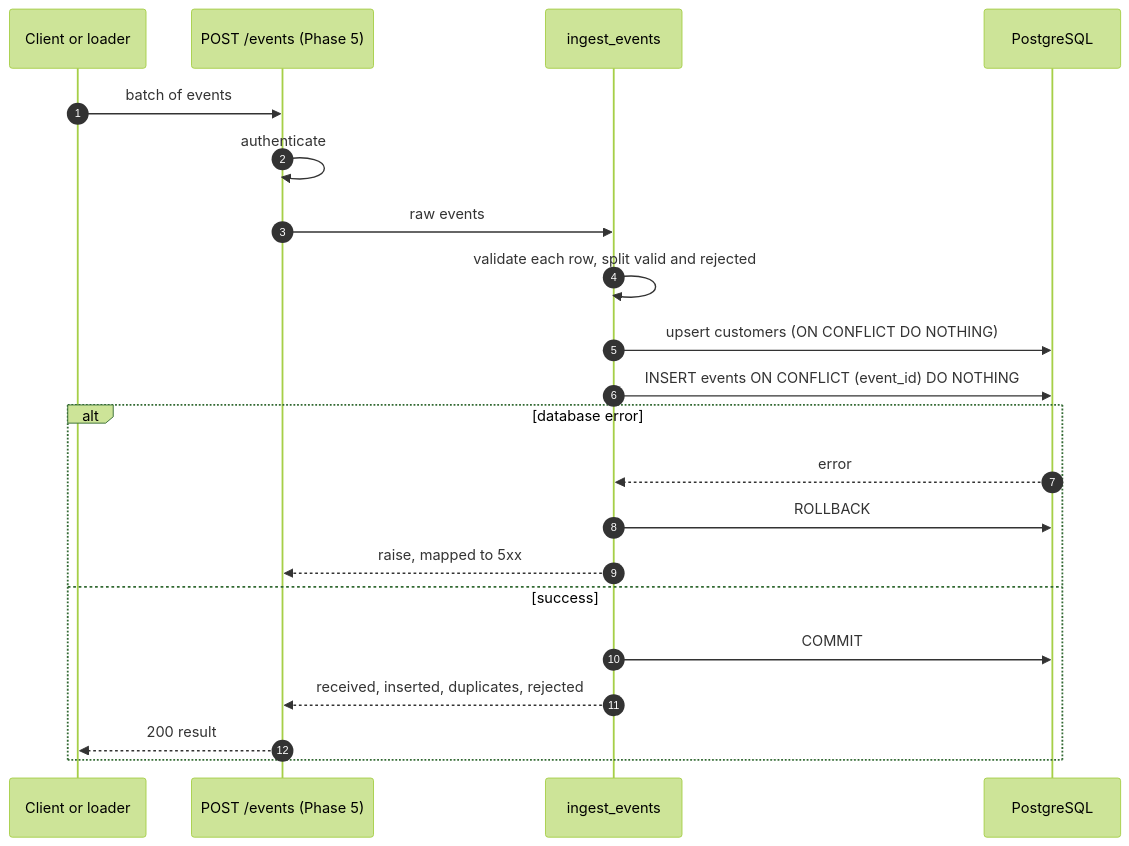
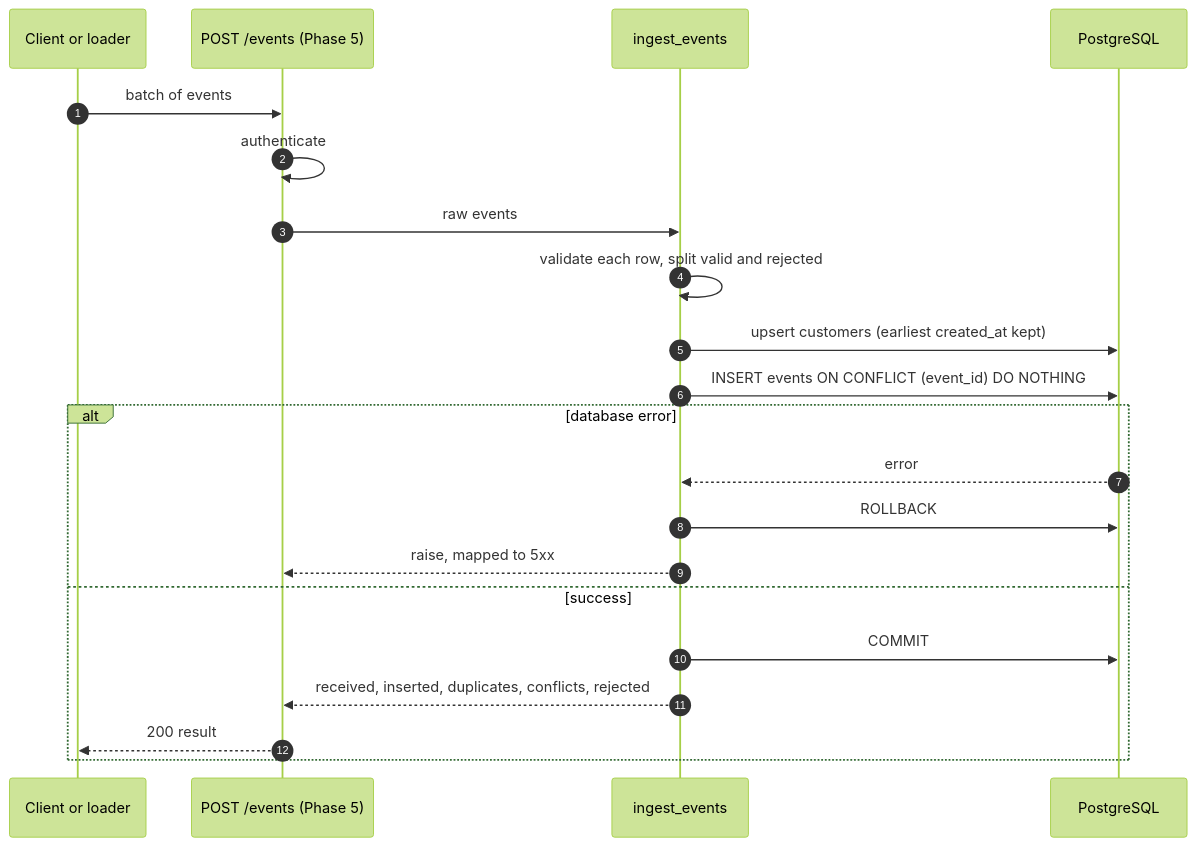
One commit to yashdiwan12/Churnscope changed the third of 5 diagrams in docs/04-request-flows.md. Above: the diagram before and after it, drawn with Mermaid (forest theme). The commit also changed other lines of this file and 14 other files, not shown here.

````diff
--- a/docs/04-request-flows.md
+++ b/docs/04-request-flows.md
@@ -56,23 +56,23 @@
 ```mermaid
 sequenceDiagram
     autonumber
     participant C as Client or loader
     participant R as POST /events (Phase 5)
     participant SV as ingest_events
     participant DB as PostgreSQL
     C->>R: batch of events
     R->>R: authenticate
     R->>SV: raw events
     SV->>SV: validate each row, split valid and rejected
-    SV->>DB: upsert customers (ON CONFLICT DO NOTHING)
+    SV->>DB: upsert customers (earliest created_at kept)
     SV->>DB: INSERT events ON CONFLICT (event_id) DO NOTHING
     alt database error
         DB-->>SV: error
         SV->>DB: ROLLBACK
         SV-->>R: raise, mapped to 5xx
     else success
         SV->>DB: COMMIT
-        SV-->>R: received, inserted, duplicates, rejected
+        SV-->>R: received, inserted, duplicates, conflicts, rejected
         R-->>C: 200 result
     end
 ```
````
